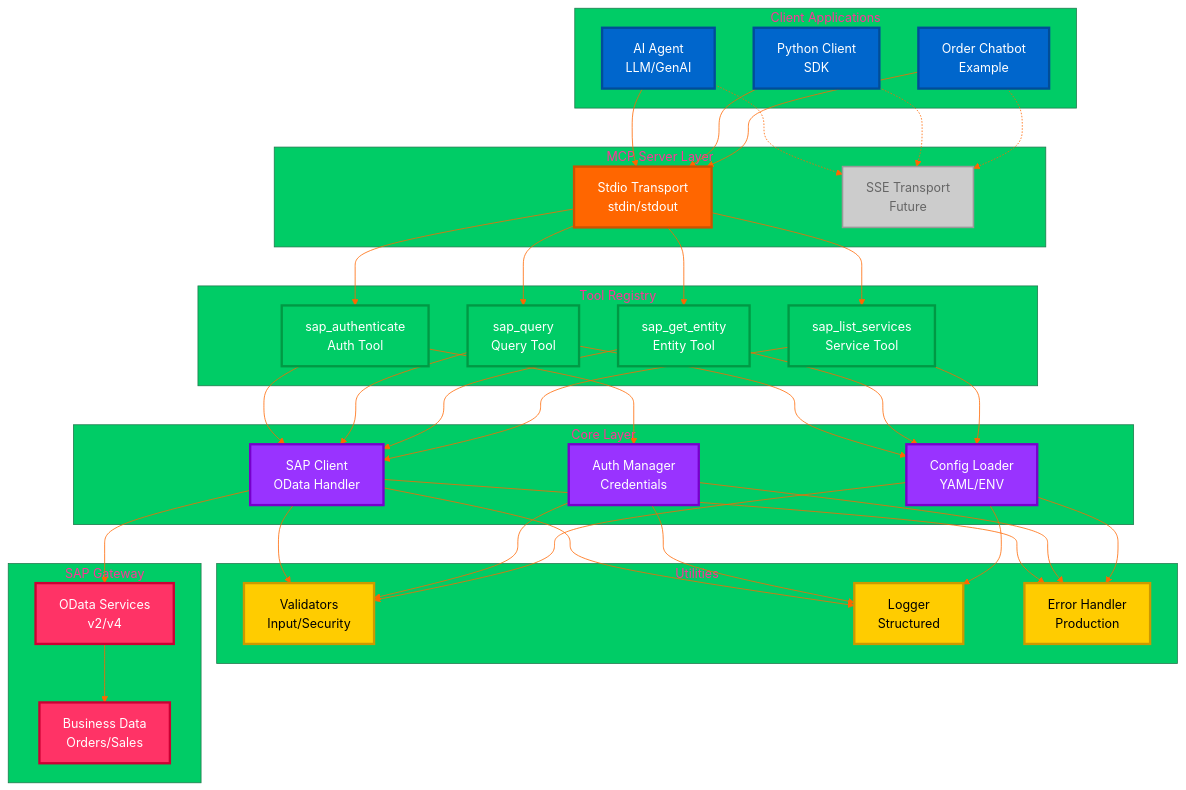
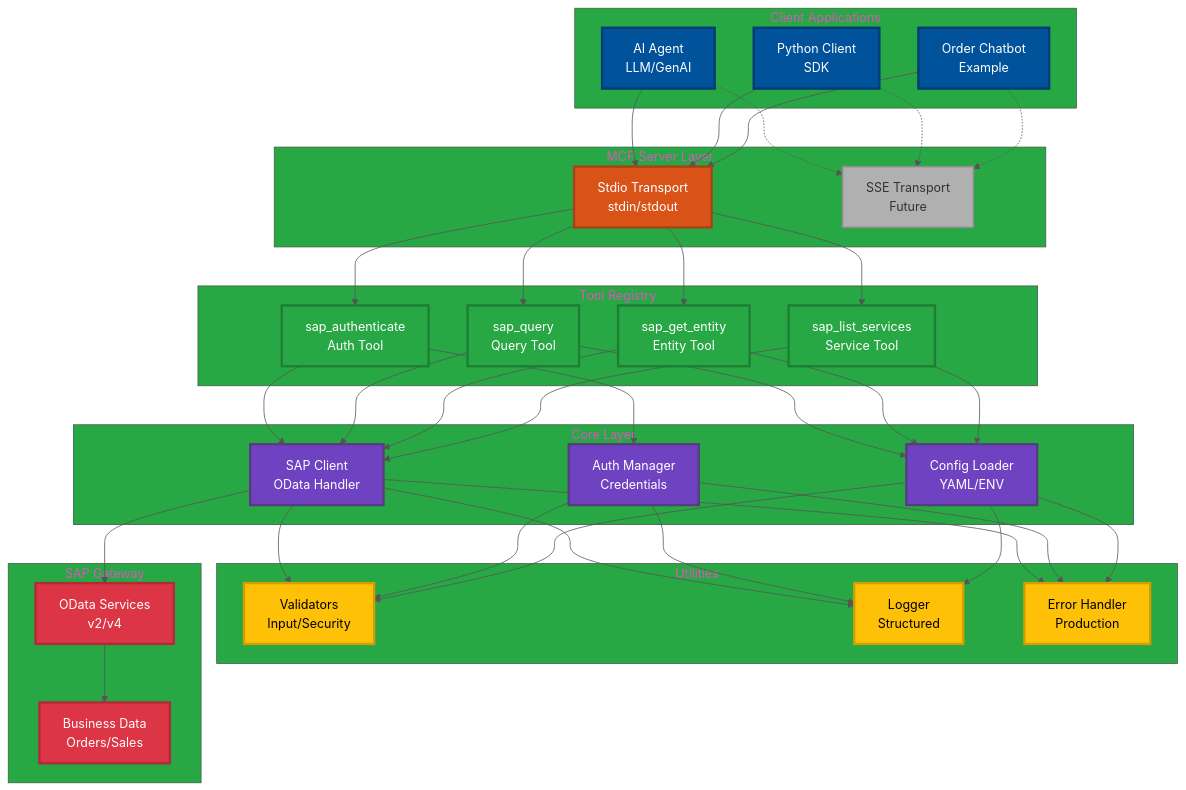
The first of 5 diagrams in README.md (midasol/sap-mcp-server), drawn with Mermaid before and after one commit. The commit also changed other lines of this file and 1 other file, not shown here.

````diff
--- a/README.md
+++ b/README.md
@@ -38,56 +38,56 @@
 ```mermaid
-%%{init: {'theme':'base', 'themeVariables': { 'primaryColor':'#0066cc','primaryTextColor':'#ffffff','primaryBorderColor':'#004d99','lineColor':'#ff6600','secondaryColor':'#ff6600','tertiaryColor':'#00cc66','noteBkgColor':'#ffcc00','noteTextColor':'#000000'}}}%%
+%%{init: {'theme':'base', 'themeVariables': { 'primaryColor':'#00529B','primaryTextColor':'#FFFFFF','primaryBorderColor':'#003D73','lineColor':'#555555','secondaryColor':'#D95319','tertiaryColor':'#28A745'}}}%%
 graph TB
     subgraph "Client Applications"
         A1[AI Agent<br/>LLM/GenAI]:::clientNode
         A2[Python Client<br/>SDK]:::clientNode
         A3[Order Chatbot<br/>Example]:::clientNode
     end
 
     subgraph "MCP Server Layer"
         B1[Stdio Transport<br/>stdin/stdout]:::transportNode
         B2[SSE Transport<br/>Future]:::futureNode
     end
 
     subgraph "Tool Registry"
         C1[sap_authenticate<br/>Auth Tool]:::toolNode
         C2[sap_query<br/>Query Tool]:::toolNode
         C3[sap_get_entity<br/>Entity Tool]:::toolNode
         C4[sap_list_services<br/>Service Tool]:::toolNode
     end
 
     subgraph "Core Layer"
         D1[SAP Client<br/>OData Handler]:::coreNode
         D2[Auth Manager<br/>Credentials]:::coreNode
         D3[Config Loader<br/>YAML/ENV]:::coreNode
     end
 
     subgraph "Utilities"
         E1[Validators<br/>Input/Security]:::utilNode
         E2[Logger<br/>Structured]:::utilNode
         E3[Error Handler<br/>Production]:::utilNode
     end
 
     subgraph "SAP Gateway"
         F1[OData Services<br/>v2/v4]:::sapNode
         F2[Business Data<br/>Orders/Sales]:::sapNode
     end
 
     A1 & A2 & A3 --> B1
     A1 & A2 & A3 -.-> B2
     B1 --> C1 & C2 & C3 & C4
     C1 & C2 & C3 & C4 --> D1
     C1 --> D2
     C2 & C3 & C4 --> D3
     D1 & D2 & D3 --> E1 & E2 & E3
     D1 --> F1
     F1 --> F2
 
-    classDef clientNode fill:#0066cc,stroke:#004d99,stroke-width:3px,color:#ffffff
-    classDef transportNode fill:#ff6600,stroke:#cc5200,stroke-width:3px,color:#ffffff
-    classDef futureNode fill:#cccccc,stroke:#999999,stroke-width:2px,color:#666666
-    classDef toolNode fill:#00cc66,stroke:#009944,stroke-width:3px,color:#ffffff
-    classDef coreNode fill:#9933ff,stroke:#7700cc,stroke-width:3px,color:#ffffff
-    classDef utilNode fill:#ffcc00,stroke:#cc9900,stroke-width:3px,color:#000000
-    classDef sapNode fill:#ff3366,stroke:#cc0033,stroke-width:3px,color:#ffffff
+    classDef clientNode fill:#00529B,stroke:#003D73,stroke-width:3px,color:#FFFFFF
+    classDef transportNode fill:#D95319,stroke:#A74214,stroke-width:3px,color:#FFFFFF
+    classDef futureNode fill:#B0B0B0,stroke:#8C8C8C,stroke-width:2px,color:#333333
+    classDef toolNode fill:#28A745,stroke:#1E7E34,stroke-width:3px,color:#FFFFFF
+    classDef coreNode fill:#6F42C1,stroke:#563D7C,stroke-width:3px,color:#FFFFFF
+    classDef utilNode fill:#FFC107,stroke:#D39E00,stroke-width:3px,color:#000000
+    classDef sapNode fill:#DC3545,stroke:#B02A37,stroke-width:3px,color:#FFFFFF
 ```
````
